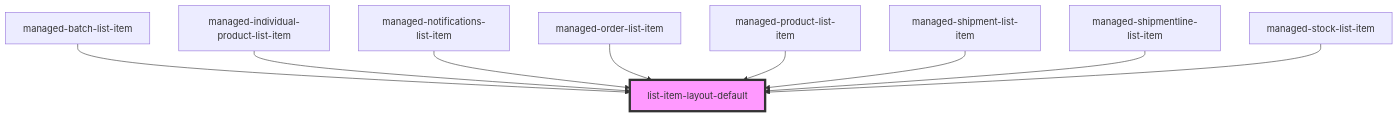
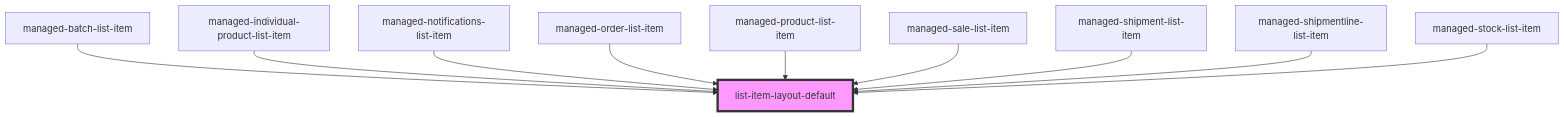
The diagram in pdm-web-components/src/components/list-item-layout-default/readme.md (PharmaLedger-IMI/fgt-workspace), drawn with Mermaid before and after one commit. The commit also changed other lines of this file and 4 other files, not shown here.

Commit message:
refs #51 managed sale list item now implements new layout

````diff
--- a/pdm-web-components/src/components/list-item-layout-default/readme.md
+++ b/pdm-web-components/src/components/list-item-layout-default/readme.md
@@ -33,12 +34,13 @@
 ```mermaid
 graph TD;
   managed-batch-list-item --> list-item-layout-default
   managed-individual-product-list-item --> list-item-layout-default
   managed-notifications-list-item --> list-item-layout-default
   managed-order-list-item --> list-item-layout-default
   managed-product-list-item --> list-item-layout-default
+  managed-sale-list-item --> list-item-layout-default
   managed-shipment-list-item --> list-item-layout-default
   managed-shipmentline-list-item --> list-item-layout-default
   managed-stock-list-item --> list-item-layout-default
   style list-item-layout-default fill:#f9f,stroke:#333,stroke-width:4px
 ```
````
